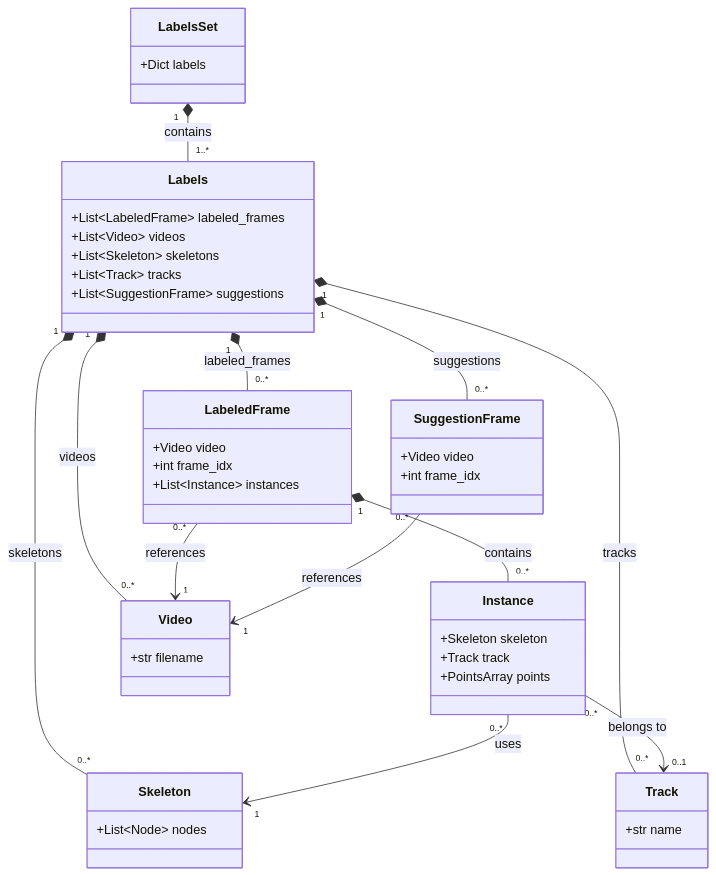
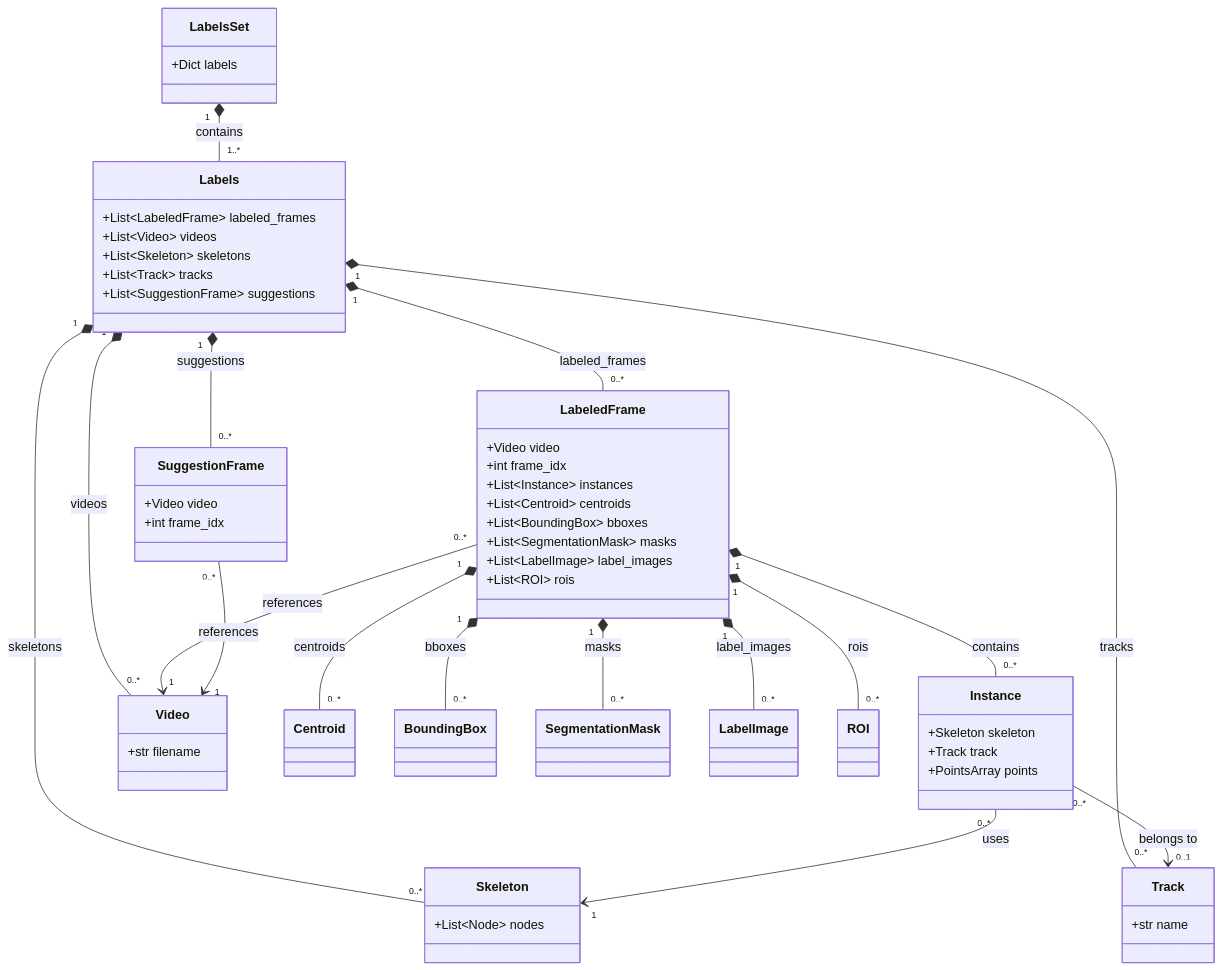
Before and after one commit to talmolab/sleap-io: the diagram in docs/model/labels.md, drawn with Mermaid. The commit also changed other lines of this file and 3 other files, not shown here.

First line of the commit message:
docs: Update documentation for annotation architecture (PRs 401-408)

````diff
--- a/docs/model/labels.md
+++ b/docs/model/labels.md
@@ -313,55 +381,65 @@
 ``` mermaid
 classDiagram
     class Labels {
         +List~LabeledFrame~ labeled_frames
         +List~Video~ videos
         +List~Skeleton~ skeletons
         +List~Track~ tracks
         +List~SuggestionFrame~ suggestions
     }
 
     class LabeledFrame {
         +Video video
         +int frame_idx
         +List~Instance~ instances
+        +List~Centroid~ centroids
+        +List~BoundingBox~ bboxes
+        +List~SegmentationMask~ masks
+        +List~LabelImage~ label_images
+        +List~ROI~ rois
     }
 
     class Instance {
         +Skeleton skeleton
         +Track track
         +PointsArray points
     }
 
     class Video {
         +str filename
     }
 
     class Skeleton {
         +List~Node~ nodes
     }
 
     class Track {
         +str name
     }
 
     class SuggestionFrame {
         +Video video
         +int frame_idx
     }
 
     class LabelsSet {
         +Dict labels
     }
 
     Labels "1" *-- "0..*" LabeledFrame : labeled_frames
     Labels "1" *-- "0..*" Video : videos
     Labels "1" *-- "0..*" Skeleton : skeletons
     Labels "1" *-- "0..*" Track : tracks
     Labels "1" *-- "0..*" SuggestionFrame : suggestions
     LabeledFrame "0..*" --> "1" Video : references
     LabeledFrame "1" *-- "0..*" Instance : contains
     Instance "0..*" --> "1" Skeleton : uses
     Instance "0..*" --> "0..1" Track : belongs to
     SuggestionFrame "0..*" --> "1" Video : references
+    LabeledFrame "1" *-- "0..*" Centroid : centroids
+    LabeledFrame "1" *-- "0..*" BoundingBox : bboxes
+    LabeledFrame "1" *-- "0..*" SegmentationMask : masks
+    LabeledFrame "1" *-- "0..*" LabelImage : label_images
+    LabeledFrame "1" *-- "0..*" ROI : rois
     LabelsSet "1" *-- "1..*" Labels : contains
 ```
````
